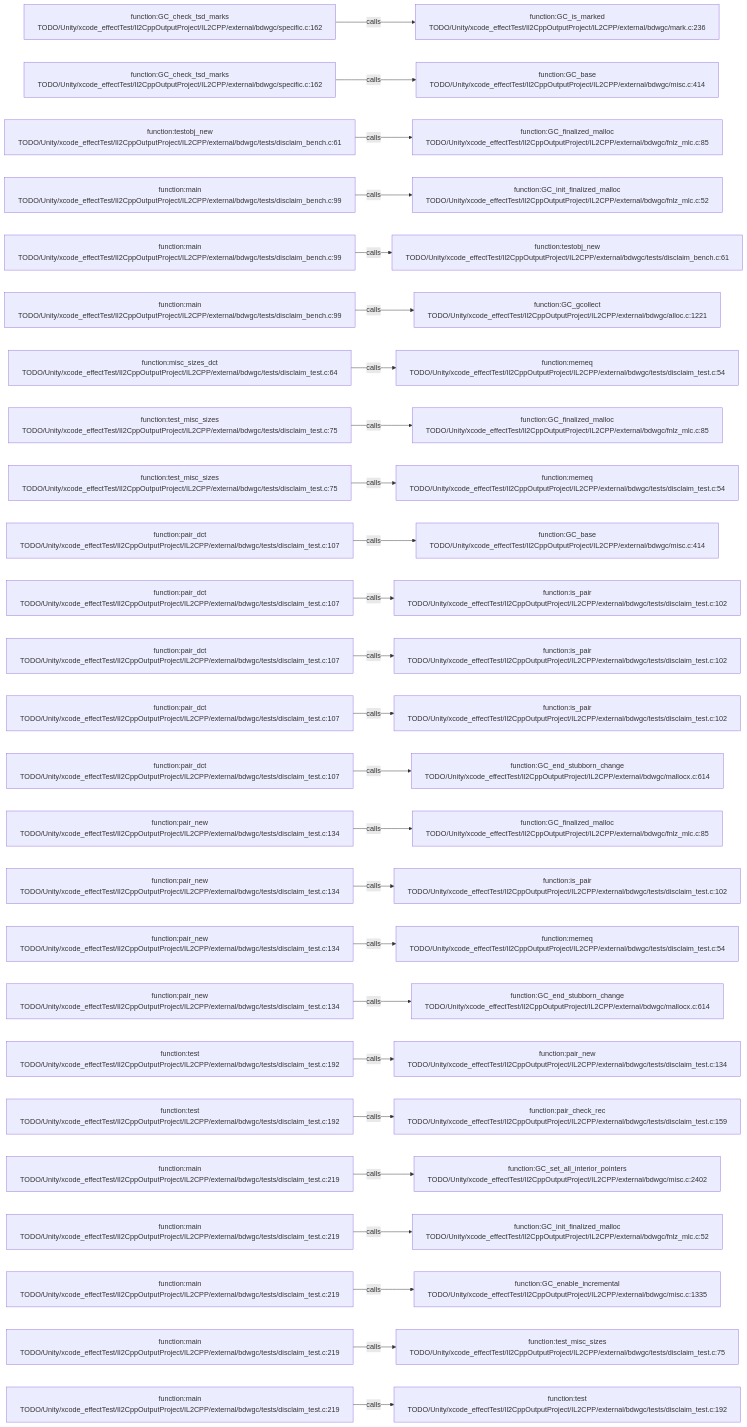
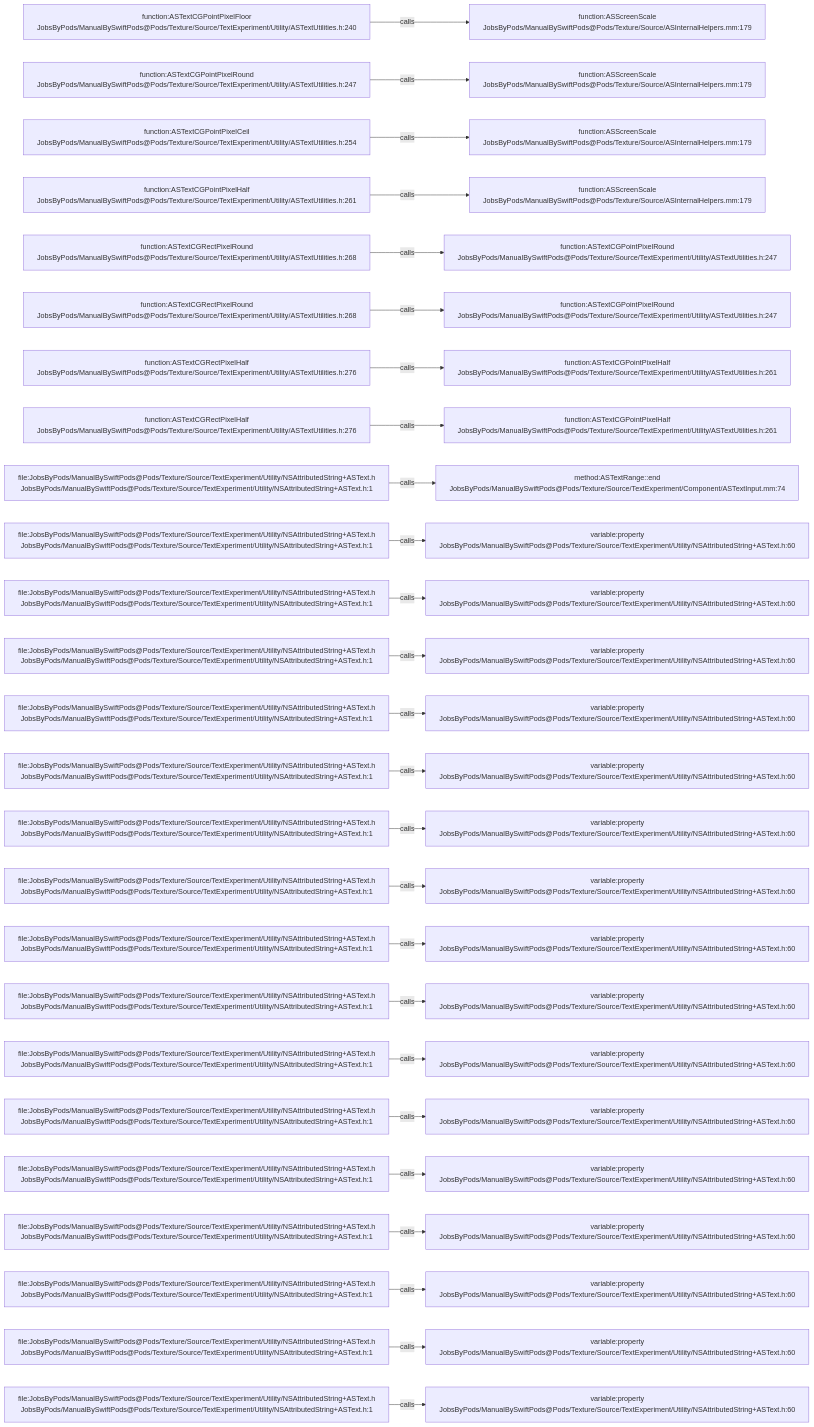
The diagram in .codegraph/codegraph.md/graphs/calls-159.md (JobsKits/JobsSwiftBaseConfigDemo), drawn with Mermaid before and after one commit. The commit also changed 2959 other files, not shown here.

````diff
--- a/.codegraph/codegraph.md/graphs/calls-159.md
+++ b/.codegraph/codegraph.md/graphs/calls-159.md
@@ -13,78 +13,78 @@
 ```mermaid
 flowchart LR
-  S1["function:GC_check_tsd_marks<br/>TODO/Unity/xcode_effectTest/Il2CppOutputProject/IL2CPP/external/bdwgc/specific.c:162"]
-  T1["function:GC_is_marked<br/>TODO/Unity/xcode_effectTest/Il2CppOutputProject/IL2CPP/external/bdwgc/mark.c:236"]
+  S1["function:ASTextCGPointPixelFloor<br/>JobsByPods/ManualBySwiftPods@Pods/Texture/Source/TextExperiment/Utility/ASTextUtilities.h:240"]
+  T1["function:ASScreenScale<br/>JobsByPods/ManualBySwiftPods@Pods/Texture/Source/ASInternalHelpers.mm:179"]
   S1 -->|calls| T1
-  S2["function:GC_check_tsd_marks<br/>TODO/Unity/xcode_effectTest/Il2CppOutputProject/IL2CPP/external/bdwgc/specific.c:162"]
-  T2["function:GC_base<br/>TODO/Unity/xcode_effectTest/Il2CppOutputProject/IL2CPP/external/bdwgc/misc.c:414"]
+  S2["function:ASTextCGPointPixelRound<br/>JobsByPods/ManualBySwiftPods@Pods/Texture/Source/TextExperiment/Utility/ASTextUtilities.h:247"]
+  T2["function:ASScreenScale<br/>JobsByPods/ManualBySwiftPods@Pods/Texture/Source/ASInternalHelpers.mm:179"]
   S2 -->|calls| T2
-  S3["function:testobj_new<br/>TODO/Unity/xcode_effectTest/Il2CppOutputProject/IL2CPP/external/bdwgc/tests/disclaim_bench.c:61"]
-  T3["function:GC_finalized_malloc<br/>TODO/Unity/xcode_effectTest/Il2CppOutputProject/IL2CPP/external/bdwgc/fnlz_mlc.c:85"]
+  S3["function:ASTextCGPointPixelCeil<br/>JobsByPods/ManualBySwiftPods@Pods/Texture/Source/TextExperiment/Utility/ASTextUtilities.h:254"]
+  T3["function:ASScreenScale<br/>JobsByPods/ManualBySwiftPods@Pods/Texture/Source/ASInternalHelpers.mm:179"]
   S3 -->|calls| T3
-  S4["function:main<br/>TODO/Unity/xcode_effectTest/Il2CppOutputProject/IL2CPP/external/bdwgc/tests/disclaim_bench.c:99"]
-  T4["function:GC_init_finalized_malloc<br/>TODO/Unity/xcode_effectTest/Il2CppOutputProject/IL2CPP/external/bdwgc/fnlz_mlc.c:52"]
+  S4["function:ASTextCGPointPixelHalf<br/>JobsByPods/ManualBySwiftPods@Pods/Texture/Source/TextExperiment/Utility/ASTextUtilities.h:261"]
+  T4["function:ASScreenScale<br/>JobsByPods/ManualBySwiftPods@Pods/Texture/Source/ASInternalHelpers.mm:179"]
   S4 -->|calls| T4
-  S5["function:main<br/>TODO/Unity/xcode_effectTest/Il2CppOutputProject/IL2CPP/external/bdwgc/tests/disclaim_bench.c:99"]
-  T5["function:testobj_new<br/>TODO/Unity/xcode_effectTest/Il2CppOutputProject/IL2CPP/external/bdwgc/tests/disclaim_bench.c:61"]
+  S5["function:ASTextCGRectPixelRound<br/>JobsByPods/ManualBySwiftPods@Pods/Texture/Source/TextExperiment/Utility/ASTextUtilities.h:268"]
+  T5["function:ASTextCGPointPixelRound<br/>JobsByPods/ManualBySwiftPods@Pods/Texture/Source/TextExperiment/Utility/ASTextUtilities.h:247"]
   S5 -->|calls| T5
-  S6["function:main<br/>TODO/Unity/xcode_effectTest/Il2CppOutputProject/IL2CPP/external/bdwgc/tests/disclaim_bench.c:99"]
-  T6["function:GC_gcollect<br/>TODO/Unity/xcode_effectTest/Il2CppOutputProject/IL2CPP/external/bdwgc/alloc.c:1221"]
+  S6["function:ASTextCGRectPixelRound<br/>JobsByPods/ManualBySwiftPods@Pods/Texture/Source/TextExperiment/Utility/ASTextUtilities.h:268"]
+  T6["function:ASTextCGPointPixelRound<br/>JobsByPods/ManualBySwiftPods@Pods/Texture/Source/TextExperiment/Utility/ASTextUtilities.h:247"]
   S6 -->|calls| T6
-  S7["function:misc_sizes_dct<br/>TODO/Unity/xcode_effectTest/Il2CppOutputProject/IL2CPP/external/bdwgc/tests/disclaim_test.c:64"]
-  T7["function:memeq<br/>TODO/Unity/xcode_effectTest/Il2CppOutputProject/IL2CPP/external/bdwgc/tests/disclaim_test.c:54"]
+  S7["function:ASTextCGRectPixelHalf<br/>JobsByPods/ManualBySwiftPods@Pods/Texture/Source/TextExperiment/Utility/ASTextUtilities.h:276"]
+  T7["function:ASTextCGPointPixelHalf<br/>JobsByPods/ManualBySwiftPods@Pods/Texture/Source/TextExperiment/Utility/ASTextUtilities.h:261"]
   S7 -->|calls| T7
-  S8["function:test_misc_sizes<br/>TODO/Unity/xcode_effectTest/Il2CppOutputProject/IL2CPP/external/bdwgc/tests/disclaim_test.c:75"]
-  T8["function:GC_finalized_malloc<br/>TODO/Unity/xcode_effectTest/Il2CppOutputProject/IL2CPP/external/bdwgc/fnlz_mlc.c:85"]
+  S8["function:ASTextCGRectPixelHalf<br/>JobsByPods/ManualBySwiftPods@Pods/Texture/Source/TextExperiment/Utility/ASTextUtilities.h:276"]
+  T8["function:ASTextCGPointPixelHalf<br/>JobsByPods/ManualBySwiftPods@Pods/Texture/Source/TextExperiment/Utility/ASTextUtilities.h:261"]
   S8 -->|calls| T8
-  S9["function:test_misc_sizes<br/>TODO/Unity/xcode_effectTest/Il2CppOutputProject/IL2CPP/external/bdwgc/tests/disclaim_test.c:75"]
-  T9["function:memeq<br/>TODO/Unity/xcode_effectTest/Il2CppOutputProject/IL2CPP/external/bdwgc/tests/disclaim_test.c:54"]
+  S9["file:JobsByPods/ManualBySwiftPods@Pods/Texture/Source/TextExperiment/Utility/NSAttributedString+ASText.h<br/>JobsByPods/ManualBySwiftPods@Pods/Texture/Source/TextExperiment/Utility/NSAttributedString+ASText.h:1"]
+  T9["method:ASTextRange::end<br/>JobsByPods/ManualBySwiftPods@Pods/Texture/Source/TextExperiment/Component/ASTextInput.mm:74"]
   S9 -->|calls| T9
-  S10["function:pair_dct<br/>TODO/Unity/xcode_effectTest/Il2CppOutputProject/IL2CPP/external/bdwgc/tests/disclaim_test.c:107"]
-  T10["function:GC_base<br/>TODO/Unity/xcode_effectTest/Il2CppOutputProject/IL2CPP/external/bdwgc/misc.c:414"]
+  S10["file:JobsByPods/ManualBySwiftPods@Pods/Texture/Source/TextExperiment/Utility/NSAttributedString+ASText.h<br/>JobsByPods/ManualBySwiftPods@Pods/Texture/Source/TextExperiment/Utility/NSAttributedString+ASText.h:1"]
+  T10["variable:property<br/>JobsByPods/ManualBySwiftPods@Pods/Texture/Source/TextExperiment/Utility/NSAttributedString+ASText.h:60"]
   S10 -->|calls| T10
-  S11["function:pair_dct<br/>TODO/Unity/xcode_effectTest/Il2CppOutputProject/IL2CPP/external/bdwgc/tests/disclaim_test.c:107"]
-  T11["function:is_pair<br/>TODO/Unity/xcode_effectTest/Il2CppOutputProject/IL2CPP/external/bdwgc/tests/disclaim_test.c:102"]
+  S11["file:JobsByPods/ManualBySwiftPods@Pods/Texture/Source/TextExperiment/Utility/NSAttributedString+ASText.h<br/>JobsByPods/ManualBySwiftPods@Pods/Texture/Source/TextExperiment/Utility/NSAttributedString+ASText.h:1"]
+  T11["variable:property<br/>JobsByPods/ManualBySwiftPods@Pods/Texture/Source/TextExperiment/Utility/NSAttributedString+ASText.h:60"]
   S11 -->|calls| T11
-  S12["function:pair_dct<br/>TODO/Unity/xcode_effectTest/Il2CppOutputProject/IL2CPP/external/bdwgc/tests/disclaim_test.c:107"]
-  T12["function:is_pair<br/>TODO/Unity/xcode_effectTest/Il2CppOutputProject/IL2CPP/external/bdwgc/tests/disclaim_test.c:102"]
+  S12["file:JobsByPods/ManualBySwiftPods@Pods/Texture/Source/TextExperiment/Utility/NSAttributedString+ASText.h<br/>JobsByPods/ManualBySwiftPods@Pods/Texture/Source/TextExperiment/Utility/NSAttributedString+ASText.h:1"]
+  T12["variable:property<br/>JobsByPods/ManualBySwiftPods@Pods/Texture/Source/TextExperiment/Utility/NSAttributedString+ASText.h:60"]
   S12 -->|calls| T12
-  S13["function:pair_dct<br/>TODO/Unity/xcode_effectTest/Il2CppOutputProject/IL2CPP/external/bdwgc/tests/disclaim_test.c:107"]
-  T13["function:is_pair<br/>TODO/Unity/xcode_effectTest/Il2CppOutputProject/IL2CPP/external/bdwgc/tests/disclaim_test.c:102"]
+  S13["file:JobsByPods/ManualBySwiftPods@Pods/Texture/Source/TextExperiment/Utility/NSAttributedString+ASText.h<br/>JobsByPods/ManualBySwiftPods@Pods/Texture/Source/TextExperiment/Utility/NSAttributedString+ASText.h:1"]
+  T13["variable:property<br/>JobsByPods/ManualBySwiftPods@Pods/Texture/Source/TextExperiment/Utility/NSAttributedString+ASText.h:60"]
   S13 -->|calls| T13
-  S14["function:pair_dct<br/>TODO/Unity/xcode_effectTest/Il2CppOutputProject/IL2CPP/external/bdwgc/tests/disclaim_test.c:107"]
-  T14["function:GC_end_stubborn_change<br/>TODO/Unity/xcode_effectTest/Il2CppOutputProject/IL2CPP/external/bdwgc/mallocx.c:614"]
+  S14["file:JobsByPods/ManualBySwiftPods@Pods/Texture/Source/TextExperiment/Utility/NSAttributedString+ASText.h<br/>JobsByPods/ManualBySwiftPods@Pods/Texture/Source/TextExperiment/Utility/NSAttributedString+ASText.h:1"]
+  T14["variable:property<br/>JobsByPods/ManualBySwiftPods@Pods/Texture/Source/TextExperiment/Utility/NSAttributedString+ASText.h:60"]
   S14 -->|calls| T14
-  S15["function:pair_new<br/>TODO/Unity/xcode_effectTest/Il2CppOutputProject/IL2CPP/external/bdwgc/tests/disclaim_test.c:134"]
-  T15["function:GC_finalized_malloc<br/>TODO/Unity/xcode_effectTest/Il2CppOutputProject/IL2CPP/external/bdwgc/fnlz_mlc.c:85"]
+  S15["file:JobsByPods/ManualBySwiftPods@Pods/Texture/Source/TextExperiment/Utility/NSAttributedString+ASText.h<br/>JobsByPods/ManualBySwiftPods@Pods/Texture/Source/TextExperiment/Utility/NSAttributedString+ASText.h:1"]
+  T15["variable:property<br/>JobsByPods/ManualBySwiftPods@Pods/Texture/Source/TextExperiment/Utility/NSAttributedString+ASText.h:60"]
   S15 -->|calls| T15
-  S16["function:pair_new<br/>TODO/Unity/xcode_effectTest/Il2CppOutputProject/IL2CPP/external/bdwgc/tests/disclaim_test.c:134"]
-  T16["function:is_pair<br/>TODO/Unity/xcode_effectTest/Il2CppOutputProject/IL2CPP/external/bdwgc/tests/disclaim_test.c:102"]
+  S16["file:JobsByPods/ManualBySwiftPods@Pods/Texture/Source/TextExperiment/Utility/NSAttributedString+ASText.h<br/>JobsByPods/ManualBySwiftPods@Pods/Texture/Source/TextExperiment/Utility/NSAttributedString+ASText.h:1"]
+  T16["variable:property<br/>JobsByPods/ManualBySwiftPods@Pods/Texture/Source/TextExperiment/Utility/NSAttributedString+ASText.h:60"]
   S16 -->|calls| T16
-  S17["function:pair_new<br/>TODO/Unity/xcode_effectTest/Il2CppOutputProject/IL2CPP/external/bdwgc/tests/disclaim_test.c:134"]
-  T17["function:memeq<br/>TODO/Unity/xcode_effectTest/Il2CppOutputProject/IL2CPP/external/bdwgc/tests/disclaim_test.c:54"]
+  S17["file:JobsByPods/ManualBySwiftPods@Pods/Texture/Source/TextExperiment/Utility/NSAttributedString+ASText.h<br/>JobsByPods/ManualBySwiftPods@Pods/Texture/Source/TextExperiment/Utility/NSAttributedString+ASText.h:1"]
+  T17["variable:property<br/>JobsByPods/ManualBySwiftPods@Pods/Texture/Source/TextExperiment/Utility/NSAttributedString+ASText.h:60"]
   S17 -->|calls| T17
-  S18["function:pair_new<br/>TODO/Unity/xcode_effectTest/Il2CppOutputProject/IL2CPP/external/bdwgc/tests/disclaim_test.c:134"]
-  T18["function:GC_end_stubborn_change<br/>TODO/Unity/xcode_effectTest/Il2CppOutputProject/IL2CPP/external/bdwgc/mallocx.c:614"]
+  S18["file:JobsByPods/ManualBySwiftPods@Pods/Texture/Source/TextExperiment/Utility/NSAttributedString+ASText.h<br/>JobsByPods/ManualBySwiftPods@Pods/Texture/Source/TextExperiment/Utility/NSAttributedString+ASText.h:1"]
+  T18["variable:property<br/>JobsByPods/ManualBySwiftPods@Pods/Texture/Source/TextExperiment/Utility/NSAttributedString+ASText.h:60"]
   S18 -->|calls| T18
-  S19["function:test<br/>TODO/Unity/xcode_effectTest/Il2CppOutputProject/IL2CPP/external/bdwgc/tests/disclaim_test.c:192"]
-  T19["function:pair_new<br/>TODO/Unity/xcode_effectTest/Il2CppOutputProject/IL2CPP/external/bdwgc/tests/disclaim_test.c:134"]
+  S19["file:JobsByPods/ManualBySwiftPods@Pods/Texture/Source/TextExperiment/Utility/NSAttributedString+ASText.h<br/>JobsByPods/ManualBySwiftPods@Pods/Texture/Source/TextExperiment/Utility/NSAttributedString+ASText.h:1"]
+  T19["variable:property<br/>JobsByPods/ManualBySwiftPods@Pods/Texture/Source/TextExperiment/Utility/NSAttributedString+ASText.h:60"]
   S19 -->|calls| T19
-  S20["function:test<br/>TODO/Unity/xcode_effectTest/Il2CppOutputProject/IL2CPP/external/bdwgc/tests/disclaim_test.c:192"]
-  T20["function:pair_check_rec<br/>TODO/Unity/xcode_effectTest/Il2CppOutputProject/IL2CPP/external/bdwgc/tests/disclaim_test.c:159"]
+  S20["file:JobsByPods/ManualBySwiftPods@Pods/Texture/Source/TextExperiment/Utility/NSAttributedString+ASText.h<br/>JobsByPods/ManualBySwiftPods@Pods/Texture/Source/TextExperiment/Utility/NSAttributedString+ASText.h:1"]
+  T20["variable:property<br/>JobsByPods/ManualBySwiftPods@Pods/Texture/Source/TextExperiment/Utility/NSAttributedString+ASText.h:60"]
   S20 -->|calls| T20
-  S21["function:main<br/>TODO/Unity/xcode_effectTest/Il2CppOutputProject/IL2CPP/external/bdwgc/tests/disclaim_test.c:219"]
-  T21["function:GC_set_all_interior_pointers<br/>TODO/Unity/xcode_effectTest/Il2CppOutputProject/IL2CPP/external/bdwgc/misc.c:2402"]
+  S21["file:JobsByPods/ManualBySwiftPods@Pods/Texture/Source/TextExperiment/Utility/NSAttributedString+ASText.h<br/>JobsByPods/ManualBySwiftPods@Pods/Texture/Source/TextExperiment/Utility/NSAttributedString+ASText.h:1"]
+  T21["variable:property<br/>JobsByPods/ManualBySwiftPods@Pods/Texture/Source/TextExperiment/Utility/NSAttributedString+ASText.h:60"]
   S21 -->|calls| T21
-  S22["function:main<br/>TODO/Unity/xcode_effectTest/Il2CppOutputProject/IL2CPP/external/bdwgc/tests/disclaim_test.c:219"]
-  T22["function:GC_init_finalized_malloc<br/>TODO/Unity/xcode_effectTest/Il2CppOutputProject/IL2CPP/external/bdwgc/fnlz_mlc.c:52"]
+  S22["file:JobsByPods/ManualBySwiftPods@Pods/Texture/Source/TextExperiment/Utility/NSAttributedString+ASText.h<br/>JobsByPods/ManualBySwiftPods@Pods/Texture/Source/TextExperiment/Utility/NSAttributedString+ASText.h:1"]
+  T22["variable:property<br/>JobsByPods/ManualBySwiftPods@Pods/Texture/Source/TextExperiment/Utility/NSAttributedString+ASText.h:60"]
   S22 -->|calls| T22
-  S23["function:main<br/>TODO/Unity/xcode_effectTest/Il2CppOutputProject/IL2CPP/external/bdwgc/tests/disclaim_test.c:219"]
-  T23["function:GC_enable_incremental<br/>TODO/Unity/xcode_effectTest/Il2CppOutputProject/IL2CPP/external/bdwgc/misc.c:1335"]
+  S23["file:JobsByPods/ManualBySwiftPods@Pods/Texture/Source/TextExperiment/Utility/NSAttributedString+ASText.h<br/>JobsByPods/ManualBySwiftPods@Pods/Texture/Source/TextExperiment/Utility/NSAttributedString+ASText.h:1"]
+  T23["variable:property<br/>JobsByPods/ManualBySwiftPods@Pods/Texture/Source/TextExperiment/Utility/NSAttributedString+ASText.h:60"]
   S23 -->|calls| T23
-  S24["function:main<br/>TODO/Unity/xcode_effectTest/Il2CppOutputProject/IL2CPP/external/bdwgc/tests/disclaim_test.c:219"]
-  T24["function:test_misc_sizes<br/>TODO/Unity/xcode_effectTest/Il2CppOutputProject/IL2CPP/external/bdwgc/tests/disclaim_test.c:75"]
+  S24["file:JobsByPods/ManualBySwiftPods@Pods/Texture/Source/TextExperiment/Utility/NSAttributedString+ASText.h<br/>JobsByPods/ManualBySwiftPods@Pods/Texture/Source/TextExperiment/Utility/NSAttributedString+ASText.h:1"]
+  T24["variable:property<br/>JobsByPods/ManualBySwiftPods@Pods/Texture/Source/TextExperiment/Utility/NSAttributedString+ASText.h:60"]
   S24 -->|calls| T24
-  S25["function:main<br/>TODO/Unity/xcode_effectTest/Il2CppOutputProject/IL2CPP/external/bdwgc/tests/disclaim_test.c:219"]
-  T25["function:test<br/>TODO/Unity/xcode_effectTest/Il2CppOutputProject/IL2CPP/external/bdwgc/tests/disclaim_test.c:192"]
+  S25["file:JobsByPods/ManualBySwiftPods@Pods/Texture/Source/TextExperiment/Utility/NSAttributedString+ASText.h<br/>JobsByPods/ManualBySwiftPods@Pods/Texture/Source/TextExperiment/Utility/NSAttributedString+ASText.h:1"]
+  T25["variable:property<br/>JobsByPods/ManualBySwiftPods@Pods/Texture/Source/TextExperiment/Utility/NSAttributedString+ASText.h:60"]
   S25 -->|calls| T25
 ```
````
